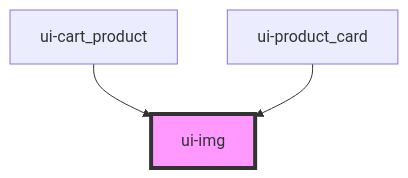
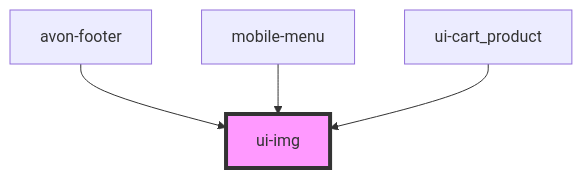
The diagram in src/components/ui-img/readme.md (ankitghanekar-hcl/ui-shared-web-components), drawn with Mermaid before and after one commit. The commit also changed other lines of this file and 18 other files, not shown here.

````diff
--- a/src/components/ui-img/readme.md
+++ b/src/components/ui-img/readme.md
@@ -23,6 +24,7 @@
 ```mermaid
 graph TD;
+  avon-footer --> ui-img
+  mobile-menu --> ui-img
   ui-cart_product --> ui-img
-  ui-product_card --> ui-img
   style ui-img fill:#f9f,stroke:#333,stroke-width:4px
 ```
````
